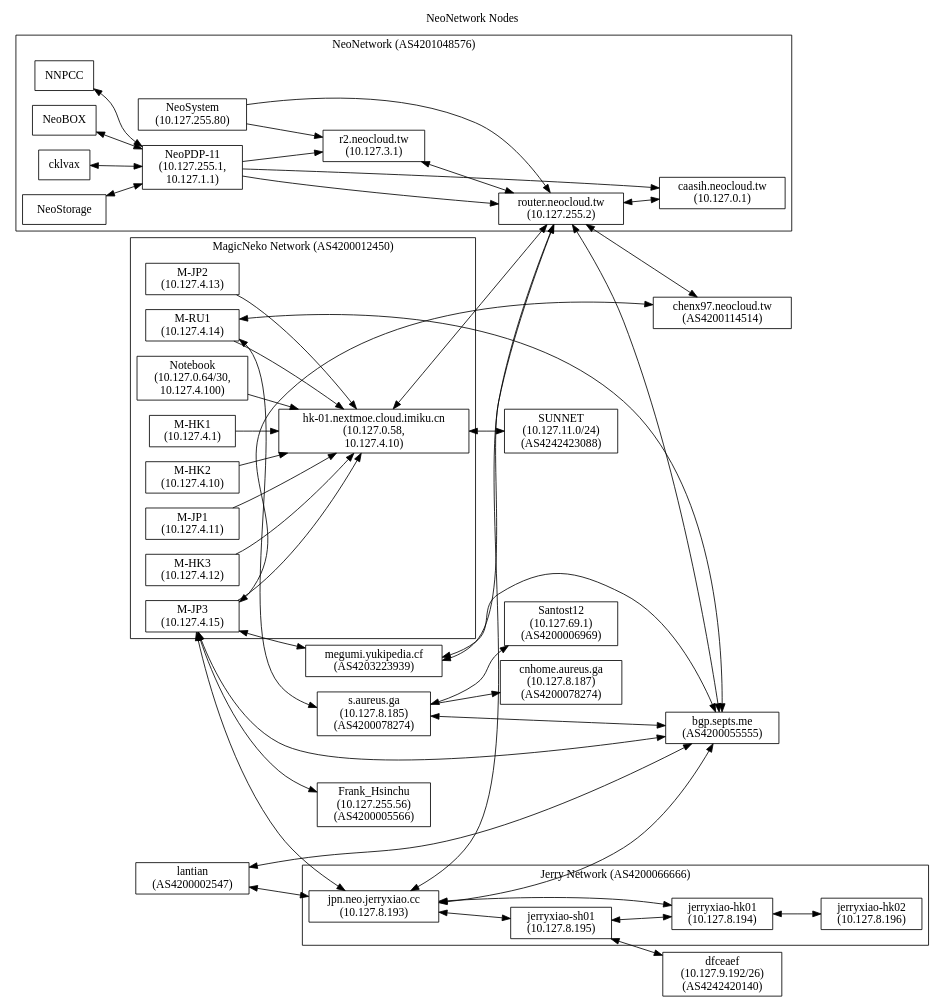
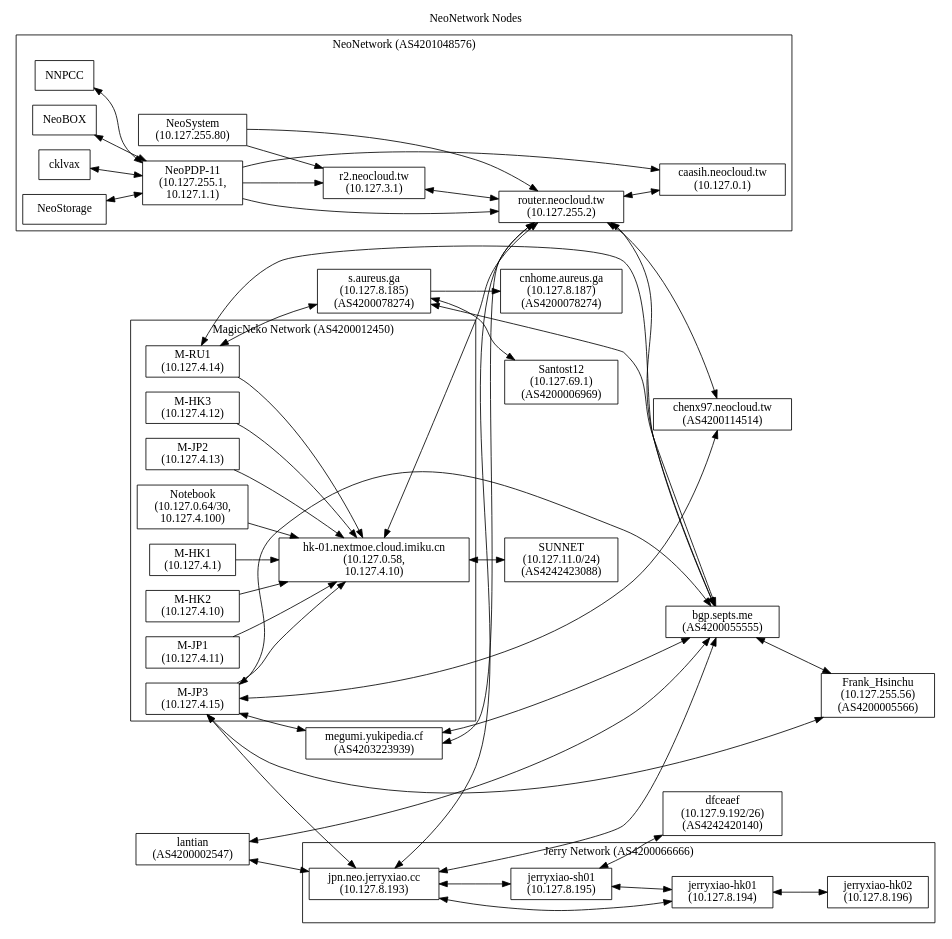
One commit to NeoCloud/NeoNetwork changed the diagram in nodes.dot. Above: the diagram before and after it, drawn with Graphviz. The commit also changed 2 other files, not shown here.

Commit message:
Added peer relationship between septs <-> frank-hsinchu

```diff
--- a/nodes.dot
+++ b/nodes.dot
@@ -1,98 +1,99 @@
 digraph "NeoNetwork Nodes"
 {
 	label="NeoNetwork Nodes";
 	labelloc="t";
 	rankdir=LR;
 	node [shape=box]
 	c [label="caasih.neocloud.tw\n(10.127.0.1)"]
 	ucbvax [label="router.neocloud.tw\n(10.127.255.2)"]
 	np11 [label="NeoPDP-11\n(10.127.255.1,\n10.127.1.1)"]
 	ns [label="NeoSystem\n(10.127.255.80)"]
 	megumiLHS [label="megumi.yukipedia.cf\n(AS4203223939)"]
 	pan [label="r2.neocloud.tw\n(10.127.3.1)"]
 	icecat_Explosion [label="hk-01.nextmoe.cloud.imiku.cn\n(10.127.0.58,\n10.127.4.10)"]
 	icecat_Notebook [label="Notebook\n(10.127.0.64/30,\n10.127.4.100)"]
 	magicneko_HK01 [label="M-HK1\n(10.127.4.1)"]
 	magicneko_HK02 [label="M-HK2\n(10.127.4.10)"]
 	magicneko_JP01 [label="M-JP1\n(10.127.4.11)"]
 	magicneko_HK03 [label="M-HK3\n(10.127.4.12)"]
 	magicneko_JP02 [label="M-JP2\n(10.127.4.13)"]
 	magicneko_RU01 [label="M-RU1\n(10.127.4.14)"]
 	magicneko_JP03 [label="M-JP3\n(10.127.4.15)"]
 	staph [label="s.aureus.ga\n(10.127.8.185)\n(AS4200078274)"]
 	staph_CN [label="cnhome.aureus.ga\n(10.127.8.187)\n(AS4200078274)"]
 	chenx97 [label="chenx97.neocloud.tw\n(AS4200114514)"]
 	JerryXiao [label="jpn.neo.jerryxiao.cc\n(10.127.8.193)"]
 	JerryXiao_SH01 [label="jerryxiao-sh01\n(10.127.8.195)"]
 	JerryXiao_HK01 [label="jerryxiao-hk01\n(10.127.8.194)"]
 	JerryXiao_HK02 [label="jerryxiao-hk02\n(10.127.8.196)"]
 	septs [label="bgp.septs.me\n(AS4200055555)"]
 	lantian [label="lantian\n(AS4200002547)"]
 	dfceaef [label="dfceaef\n(10.127.9.192/26)\n(AS4242420140)"]
 	SUNNET [label="SUNNET\n(10.127.11.0/24)\n(AS4242423088)"]
 	santost12 [label="Santost12\n(10.127.69.1)\n(AS4200006969)"]
 	frank_hsinchu [label="Frank_Hsinchu\n(10.127.255.56)\n(AS4200005566)"]
 	subgraph cluster_AS4201048576
 	{
 		label = "NeoNetwork (AS4201048576)";
 
 		NNPCC -> np11 [dir=both]
 		NeoBOX -> np11 [dir=both]
 		cklvax -> np11 [dir=both]
 		NeoStorage -> np11 [dir=both]
 		np11 -> ucbvax
 		np11 -> pan
 		np11 -> c
 		ucbvax -> c [dir=both]
 		ns -> ucbvax
 		ns -> pan
 		pan -> ucbvax [dir=both]
 	}
 
 	megumiLHS -> ucbvax [dir=both]
 	icecat_Explosion -> ucbvax [dir=both]
 	staph -> staph_CN
 	ucbvax -> chenx97 [dir=both]
 
 	subgraph cluster_AS4200012450
 	{
 		label="MagicNeko Network (AS4200012450)";
 
 		magicneko_HK01-> icecat_Explosion
 		magicneko_HK02-> icecat_Explosion
 		magicneko_JP01 -> icecat_Explosion
 		magicneko_HK03 -> icecat_Explosion
 		magicneko_JP02 -> icecat_Explosion
 		magicneko_RU01 -> icecat_Explosion
 		magicneko_JP03 -> icecat_Explosion
 		icecat_Notebook -> icecat_Explosion
 	}
 
 	subgraph cluster_AS4200066666
 	{
 		label="Jerry Network (AS4200066666)";
 
 		JerryXiao -> JerryXiao_SH01 [dir=both]
 		JerryXiao -> JerryXiao_HK01 [dir=both]
 		JerryXiao_SH01 -> JerryXiao_HK01 [dir=both]
 		JerryXiao_HK01 -> JerryXiao_HK02 [dir=both]
 	}
 
 	JerryXiao -> ucbvax [dir=both]
 	JerryXiao -> septs [dir=both]
 	JerryXiao_SH01 -> dfceaef [dir=both]
 	magicneko_JP03 -> JerryXiao [dir=both]
 	lantian -> septs [dir=both]
 	lantian -> JerryXiao [dir=both]
 	magicneko_JP03 -> septs [dir=both]
 	staph -> septs [dir=both]
 	ucbvax -> septs [dir=both]
 	magicneko_JP03 -> chenx97 [dir=both]
 	magicneko_RU01 -> staph [dir=both]
 	megumiLHS -> septs [dir=both]
 	icecat_Explosion -> SUNNET [dir=both]
 	staph -> santost12 [dir=both]
 	magicneko_RU01 -> septs [dir=both]
 	magicneko_JP03 -> megumiLHS [dir=both]
     magicneko_JP03 -> frank_hsinchu [dir=both]
+	septs	->	frank_hsinchu	[dir=both]
 }
```
